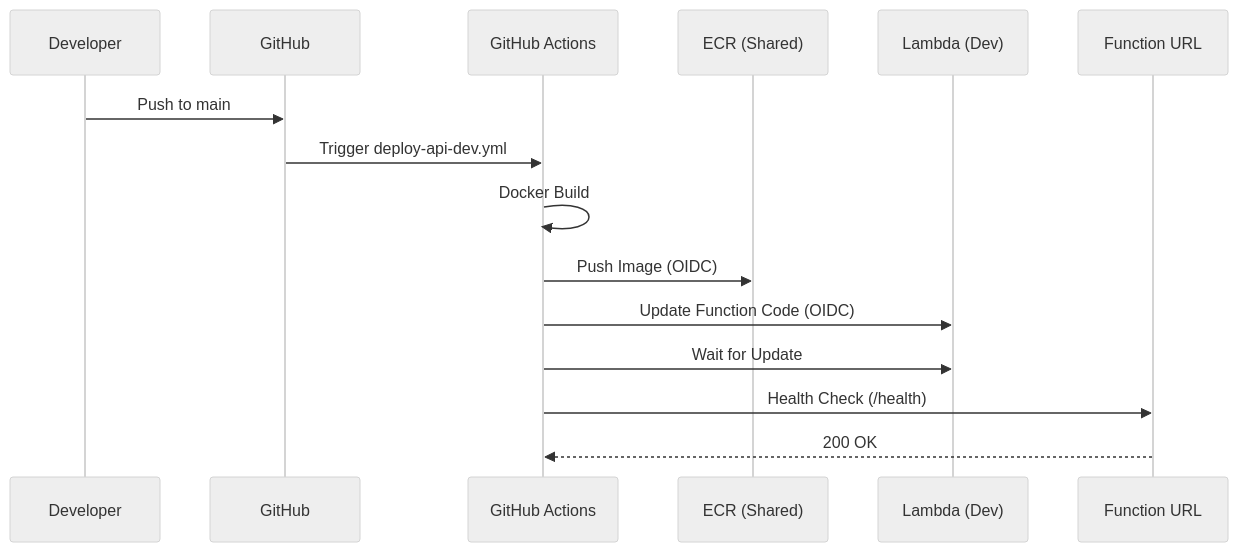
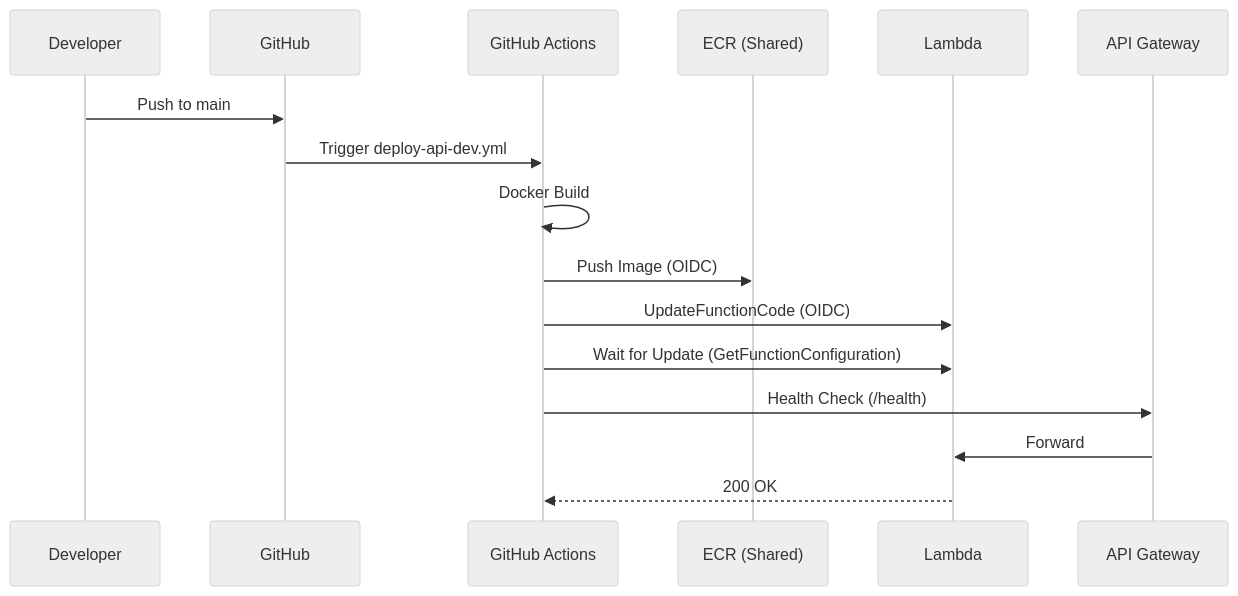
Before and after one commit to takoikatakotako/rikako: the second of 5 diagrams in docs/architecture.md, drawn with Mermaid (neutral theme). The commit also changed other lines of this file and 3 other files, not shown here.

First line of the commit message:
docs: SSM 化と API Gateway 化を反映してドキュメントを更新

````diff
--- a/docs/architecture.md
+++ b/docs/architecture.md
@@ -61,18 +77,19 @@
 ```mermaid
 sequenceDiagram
     participant Dev as Developer
     participant GH as GitHub
     participant GA as GitHub Actions
     participant ECR as ECR (Shared)
-    participant Lambda as Lambda (Dev)
-    participant FURL as Function URL
+    participant Lambda as Lambda
+    participant APIGW as API Gateway
 
     Dev->>GH: Push to main
     GH->>GA: Trigger deploy-api-dev.yml
     GA->>GA: Docker Build
     GA->>ECR: Push Image (OIDC)
-    GA->>Lambda: Update Function Code (OIDC)
-    GA->>Lambda: Wait for Update
-    GA->>FURL: Health Check (/health)
-    FURL-->>GA: 200 OK
+    GA->>Lambda: UpdateFunctionCode (OIDC)
+    GA->>Lambda: Wait for Update (GetFunctionConfiguration)
+    GA->>APIGW: Health Check (/health)
+    APIGW->>Lambda: Forward
+    Lambda-->>GA: 200 OK
 ```
````
